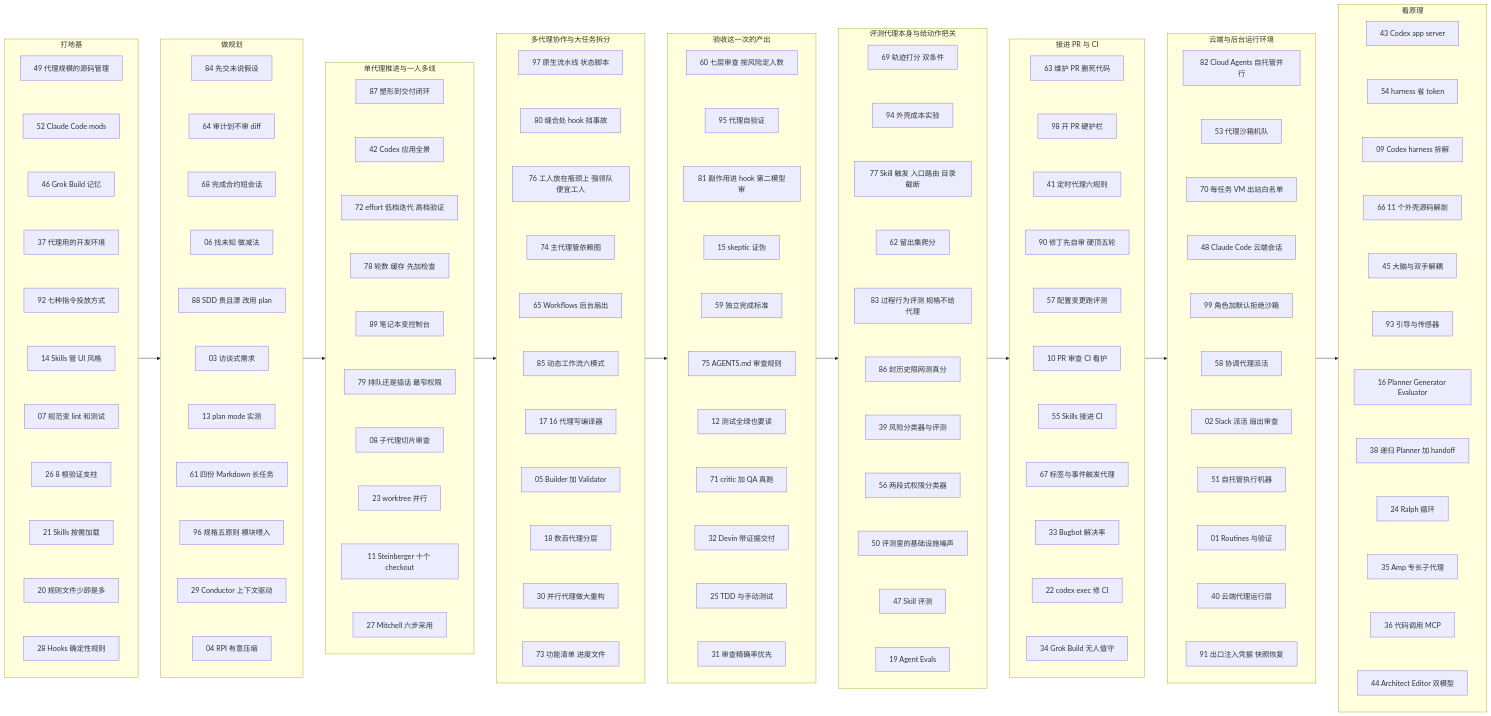
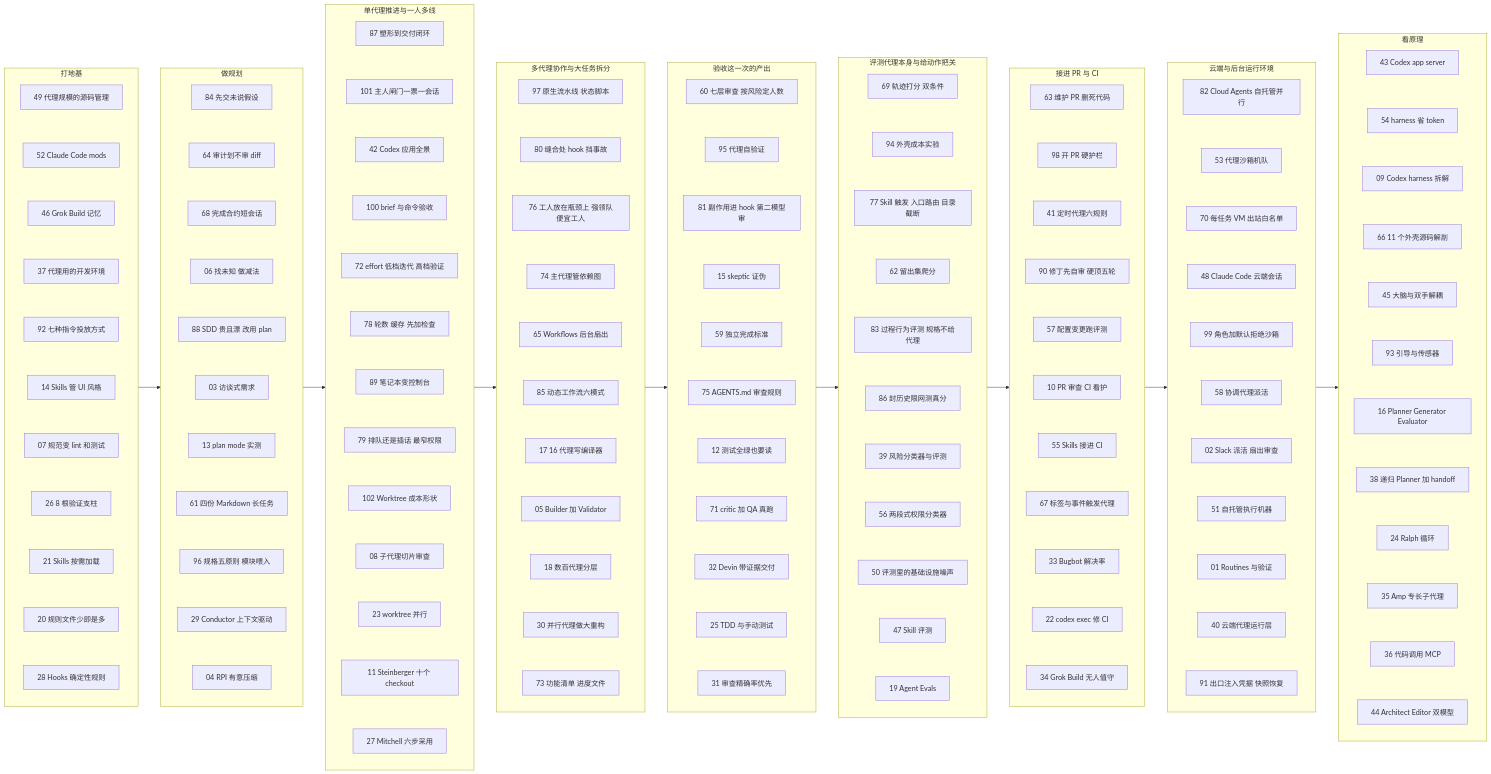
Before and after one commit to yzw7489757/ai-coding-videos: the diagram in docs/index.md, drawn with Mermaid. The commit also changed other lines of this file and 11 other files, not shown here.

```diff
--- a/docs/index.md
+++ b/docs/index.md
@@ -165,21 +164,27 @@
   subgraph S3["单代理推进与一人多线"]
     direction TB
     A87["87 塑形到交付闭环"]
+    A101["101 主人闸门一票一会话"]
     A42["42 Codex 应用全景"]
+    A100["100 brief 与命令验收"]
     A72["72 effort 低档迭代 高档验证"]
     A78["78 轮数 缓存 先加检查"]
     A89["89 笔记本变控制台"]
     A79["79 排队还是插话 最窄权限"]
+    A102["102 Worktree 成本形状"]
     A08["08 子代理切片审查"]
     A23["23 worktree 并行"]
     A11["11 Steinberger 十个 checkout"]
     A27["27 Mitchell 六步采用"]
-    A87 ~~~ A42
-    A42 ~~~ A72
+    A87 ~~~ A101
+    A101 ~~~ A42
+    A42 ~~~ A100
+    A100 ~~~ A72
     A72 ~~~ A78
     A78 ~~~ A89
     A89 ~~~ A79
-    A79 ~~~ A08
+    A79 ~~~ A102
+    A102 ~~~ A08
     A08 ~~~ A23
     A23 ~~~ A11
     A11 ~~~ A27
```
